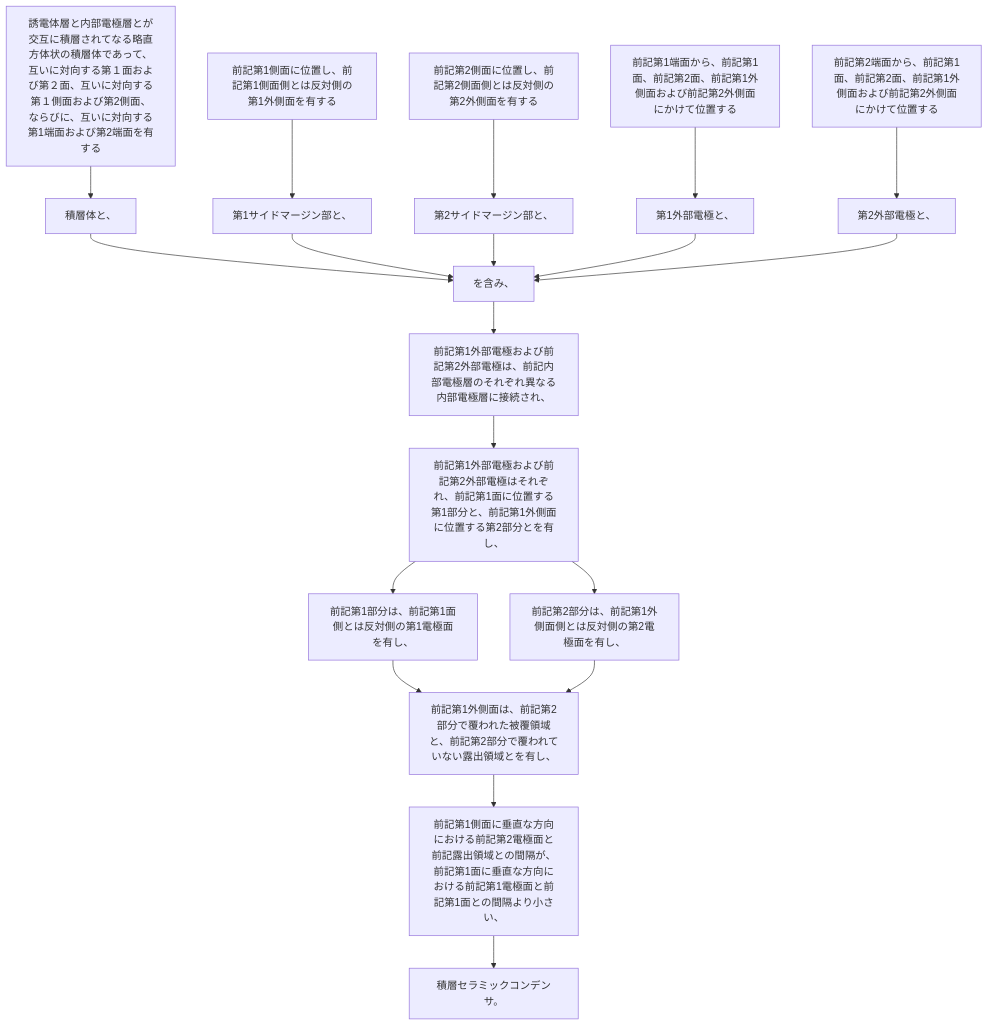
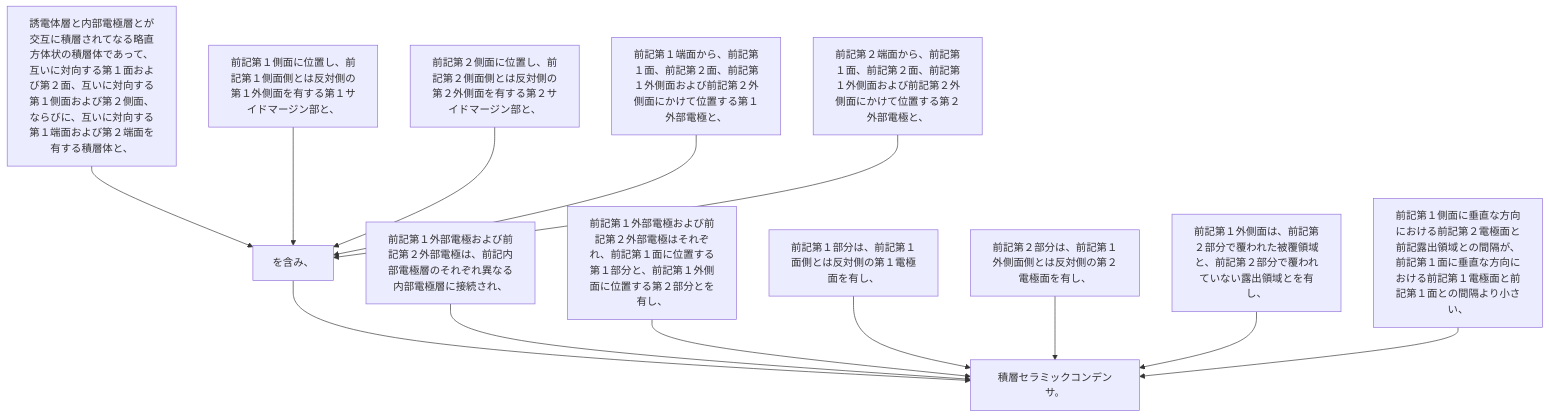
The diagram in 2024/JP2024034458A/claim_1/README.md (shinmori55/patent_analyzed), drawn with Mermaid before and after one commit. The commit also changed 336 other files, not shown here.

````diff
--- a/2024/JP2024034458A/claim_1/README.md
+++ b/2024/JP2024034458A/claim_1/README.md
@@ -12,42 +12,28 @@
 ```mermaid
 flowchart TD
-A[誘電体層と内部電極層とが交互に積層されてなる略直方体状の積層体であって、互いに対向する第１面および第２面、互いに対向する第１側面および第2側面、ならびに、互いに対向する第1端面および第2端面を有する]
-B[積層体と、]
-C[前記第1側面に位置し、前記第1側面側とは反対側の第1外側面を有する]
-D[第1サイドマージン部と、]
-E[前記第2側面に位置し、前記第2側面側とは反対側の第2外側面を有する]
-F[第2サイドマージン部と、]
-G[前記第1端面から、前記第1面、前記第2面、前記第1外側面および前記第2外側面にかけて位置する]
-H[第1外部電極と、]
-I[前記第2端面から、前記第1面、前記第2面、前記第1外側面および前記第2外側面にかけて位置する]
-J[第2外部電極と、]
-K[を含み、]
-L[前記第1外部電極および前記第2外部電極は、前記内部電極層のそれぞれ異なる内部電極層に接続され、]
-M[前記第1外部電極および前記第2外部電極はそれぞれ、前記第1面に位置する第1部分と、前記第1外側面に位置する第2部分とを有し、]
-N[前記第1部分は、前記第1面側とは反対側の第1電極面を有し、]
-O[前記第2部分は、前記第1外側面側とは反対側の第2電極面を有し、]
-P[前記第1外側面は、前記第2部分で覆われた被覆領域と、前記第2部分で覆われていない露出領域とを有し、]
-Q[前記第1側面に垂直な方向における前記第2電極面と前記露出領域との間隔が、前記第1面に垂直な方向における前記第1電極面と前記第1面との間隔より小さい、]
-R[積層セラミックコンデンサ。]
-
-A --> B
-C --> D
+A[誘電体層と内部電極層とが交互に積層されてなる略直方体状の積層体であって、互いに対向する第１面および第２面、互いに対向する第１側面および第２側面、ならびに、互いに対向する第１端面および第２端面を有する積層体と、]
+B[前記第１側面に位置し、前記第１側面側とは反対側の第１外側面を有する第１サイドマージン部と、]
+C[前記第２側面に位置し、前記第２側面側とは反対側の第２外側面を有する第２サイドマージン部と、]
+D[前記第１端面から、前記第１面、前記第２面、前記第１外側面および前記第２外側面にかけて位置する第１外部電極と、]
+E[前記第２端面から、前記第１面、前記第２面、前記第１外側面および前記第２外側面にかけて位置する第２外部電極と、]
+F[を含み、]
+G[前記第１外部電極および前記第２外部電極は、前記内部電極層のそれぞれ異なる内部電極層に接続され、]
+H[前記第１外部電極および前記第２外部電極はそれぞれ、前記第１面に位置する第１部分と、前記第１外側面に位置する第２部分とを有し、]
+I[前記第１部分は、前記第１面側とは反対側の第１電極面を有し、]
+J[前記第２部分は、前記第１外側面側とは反対側の第２電極面を有し、]
+K[前記第１外側面は、前記第２部分で覆われた被覆領域と、前記第２部分で覆われていない露出領域とを有し、]
+L[前記第１側面に垂直な方向における前記第２電極面と前記露出領域との間隔が、前記第１面に垂直な方向における前記第１電極面と前記第１面との間隔より小さい、]
+M[積層セラミックコンデンサ。]
+A --> F
+B --> F
+C --> F
+D --> F
 E --> F
-G --> H
-I --> J
-
-B --> K
-D --> K
-F --> K
-H --> K
-J --> K
-
-K --> L
+F --> M
+G --> M
+H --> M
+I --> M
+J --> M
+K --> M
 L --> M
-M --> N
-M --> O
-N --> P
-O --> P
-P --> Q
-Q --> R
 ```
````
